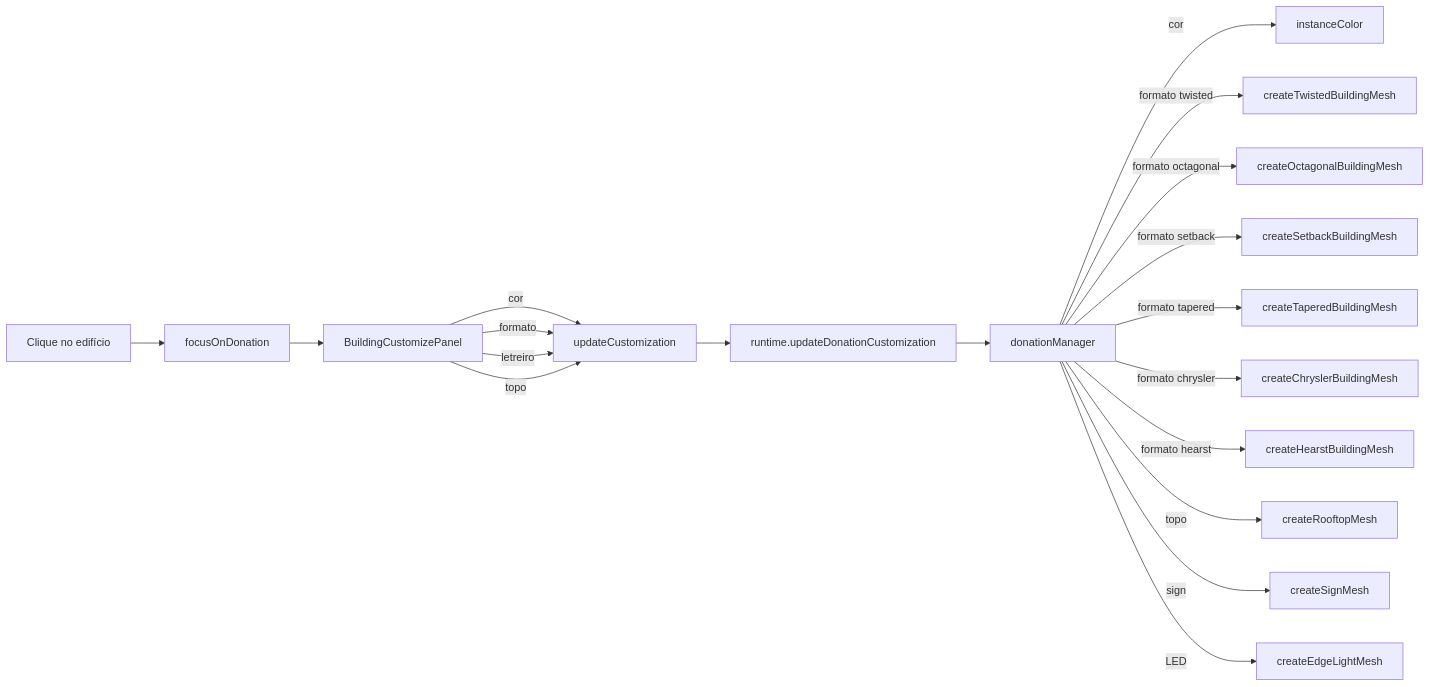
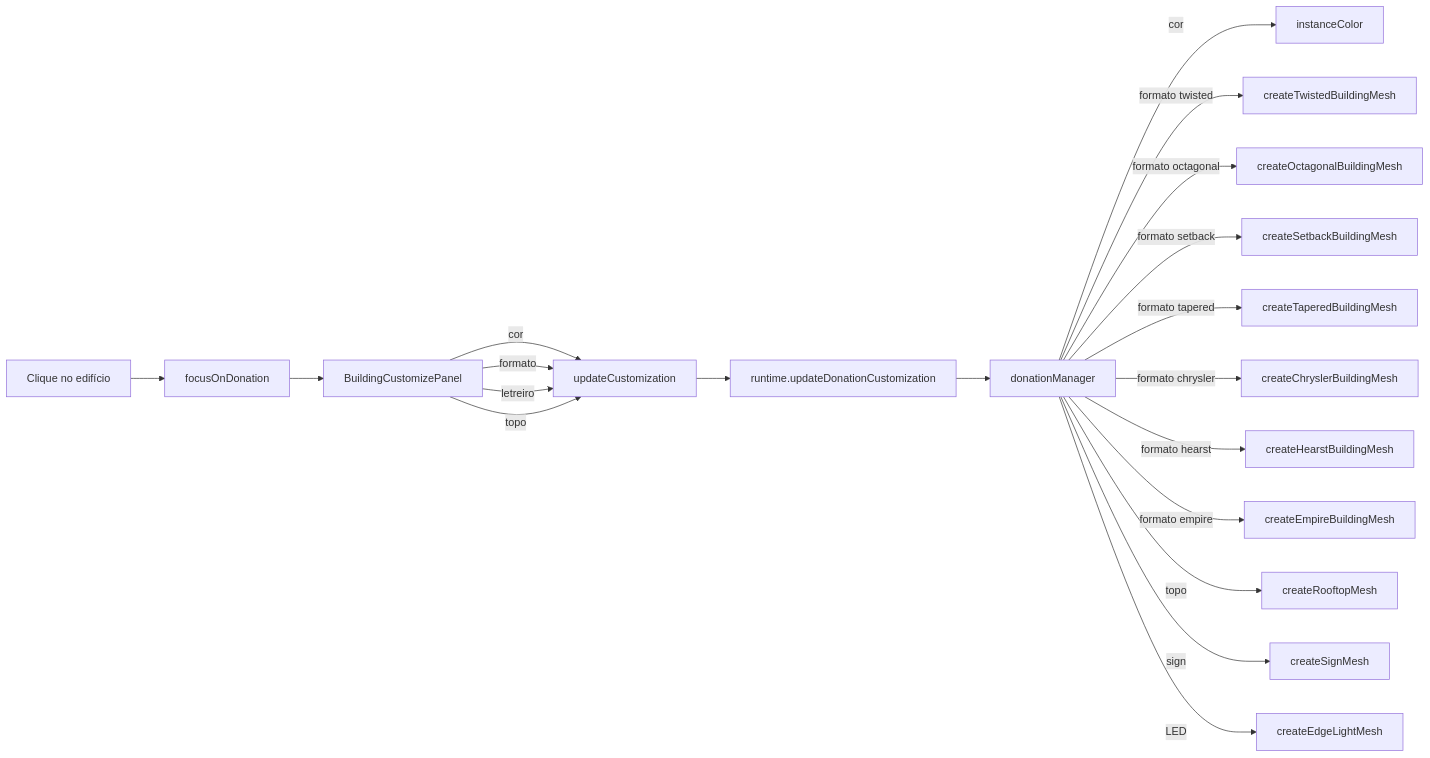
One commit to RaeII/pixcity changed the second of 2 diagrams in doc-pixcity/index.md. Above: the diagram before and after it, drawn with Mermaid. The commit also changed other lines of this file and 10 other files, not shown here.

````diff
--- a/doc-pixcity/index.md
+++ b/doc-pixcity/index.md
@@ -197,21 +199,22 @@
 ```mermaid
 flowchart LR
     Click[Clique no edifício] --> Focus[focusOnDonation]
     Focus --> Panel[BuildingCustomizePanel]
     Panel --> |cor| UC[updateCustomization]
     Panel --> |formato| UC
     Panel --> |letreiro| UC
     Panel --> |topo| UC
     UC --> Runtime[runtime.updateDonationCustomization]
     Runtime --> DM[donationManager]
     DM --> |cor| IC[instanceColor]
     DM --> |formato twisted| TW[createTwistedBuildingMesh]
     DM --> |formato octagonal| OC[createOctagonalBuildingMesh]
     DM --> |formato setback| SB[createSetbackBuildingMesh]
     DM --> |formato tapered| TP[createTaperedBuildingMesh]
     DM --> |formato chrysler| CH[createChryslerBuildingMesh]
     DM --> |formato hearst| HT[createHearstBuildingMesh]
+    DM --> |formato empire| EM[createEmpireBuildingMesh]
     DM --> |topo| RM[createRooftopMesh]
     DM --> |sign| SM[createSignMesh]
     DM --> |LED| EL[createEdgeLightMesh]
 ```
````
